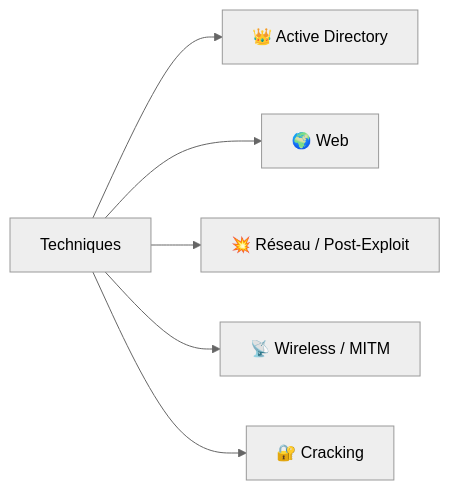
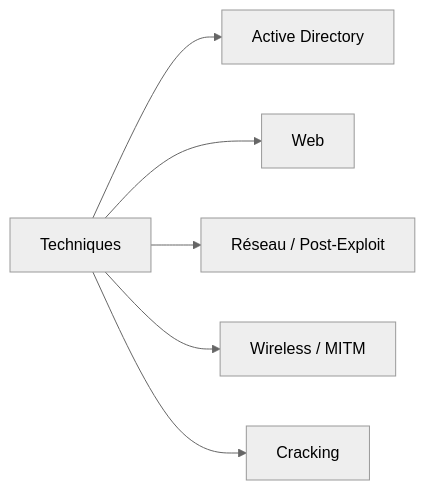
One commit to F0X-hack/foxhack.fr changed the diagram in public/offsidian/vault/Cybersécurité Offensive/Techniques/Bibliothèque technique.md. Above: the diagram before and after it, drawn with Mermaid (neutral theme). The commit also changed other lines of this file and 369 other files, not shown here.

````diff
--- a/public/offsidian/vault/Cybersécurité Offensive/Techniques/Bibliothèque technique.md
+++ b/public/offsidian/vault/Cybersécurité Offensive/Techniques/Bibliothèque technique.md
@@ -18,8 +18,8 @@
 ```mermaid
 flowchart LR
-    T[Techniques] --> AD[👑 Active Directory]
-    T --> W[🌍 Web]
-    T --> N[💥 Réseau / Post-Exploit]
-    T --> M[📡 Wireless / MITM]
-    T --> H[🔐 Cracking]
+    T[Techniques] --> AD[Active Directory]
+    T --> W[Web]
+    T --> N[Réseau / Post-Exploit]
+    T --> M[Wireless / MITM]
+    T --> H[Cracking]
 ```
````
